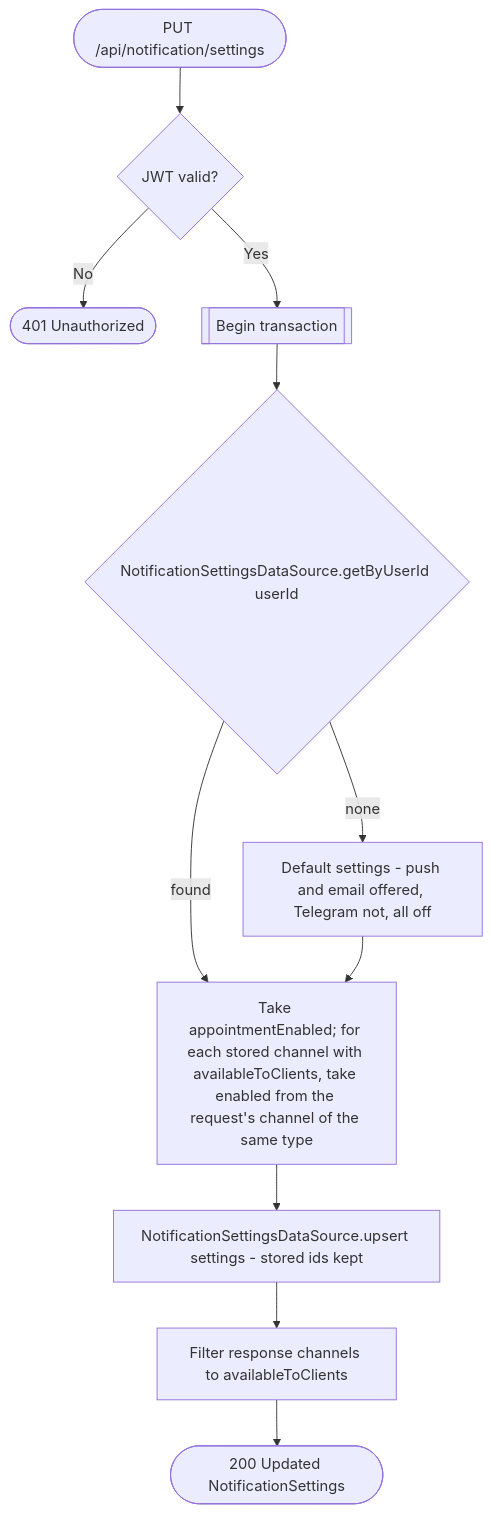
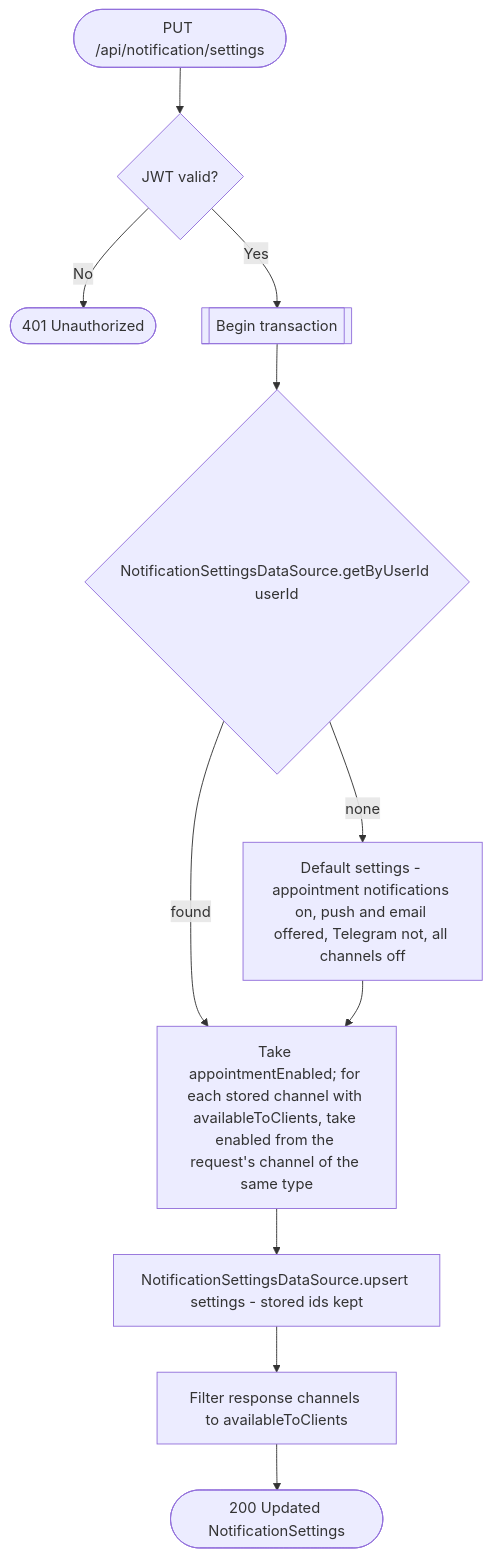
Before and after one commit to nocturneproperties/bookkme: the diagram in docs/operations/notifications/update-notification-settings.md, drawn with Mermaid. The commit also changed other lines of this file and 7 other files, not shown here.

Commit message:
[ISSUE-195] appointment notifications enabled by default. Newly created telegram users must have telegram notification channel enabled

````diff
--- a/docs/operations/notifications/update-notification-settings.md
+++ b/docs/operations/notifications/update-notification-settings.md
@@ -18,13 +19,13 @@
 ```mermaid
 flowchart TD
     Start([PUT /api/notification/settings]) --> Auth{JWT valid?}
     Auth -- No --> R401([401 Unauthorized])
     Auth -- Yes --> Tx[[Begin transaction]]
     Tx --> Get{NotificationSettingsDataSource.getByUserId userId}
-    Get -- none --> Default[Default settings - push and email offered, Telegram not, all off]
+    Get -- none --> Default[Default settings - appointment notifications on, push and email offered, Telegram not, all channels off]
     Get -- found --> Merge
     Default --> Merge[Take appointmentEnabled; for each stored channel with availableToClients, take enabled from the request's channel of the same type]
     Merge --> Upsert[NotificationSettingsDataSource.upsert settings - stored ids kept]
     Upsert --> Filter[Filter response channels to availableToClients]
     Filter --> R200([200 Updated NotificationSettings])
 ```
````
